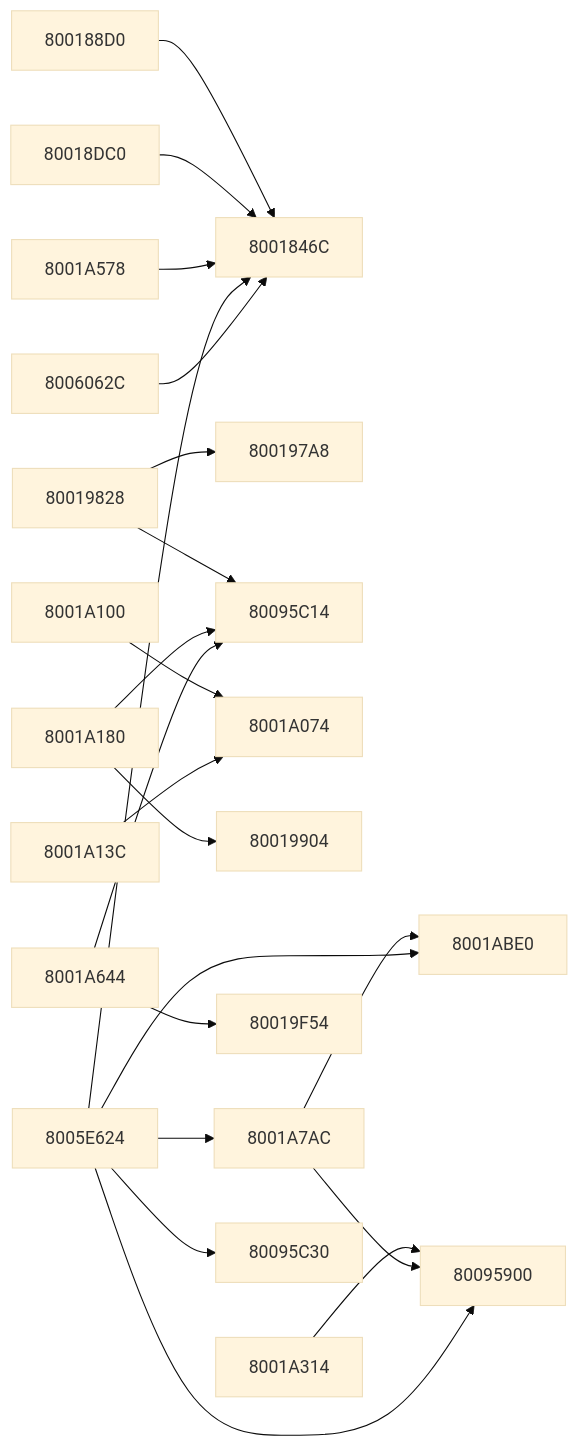
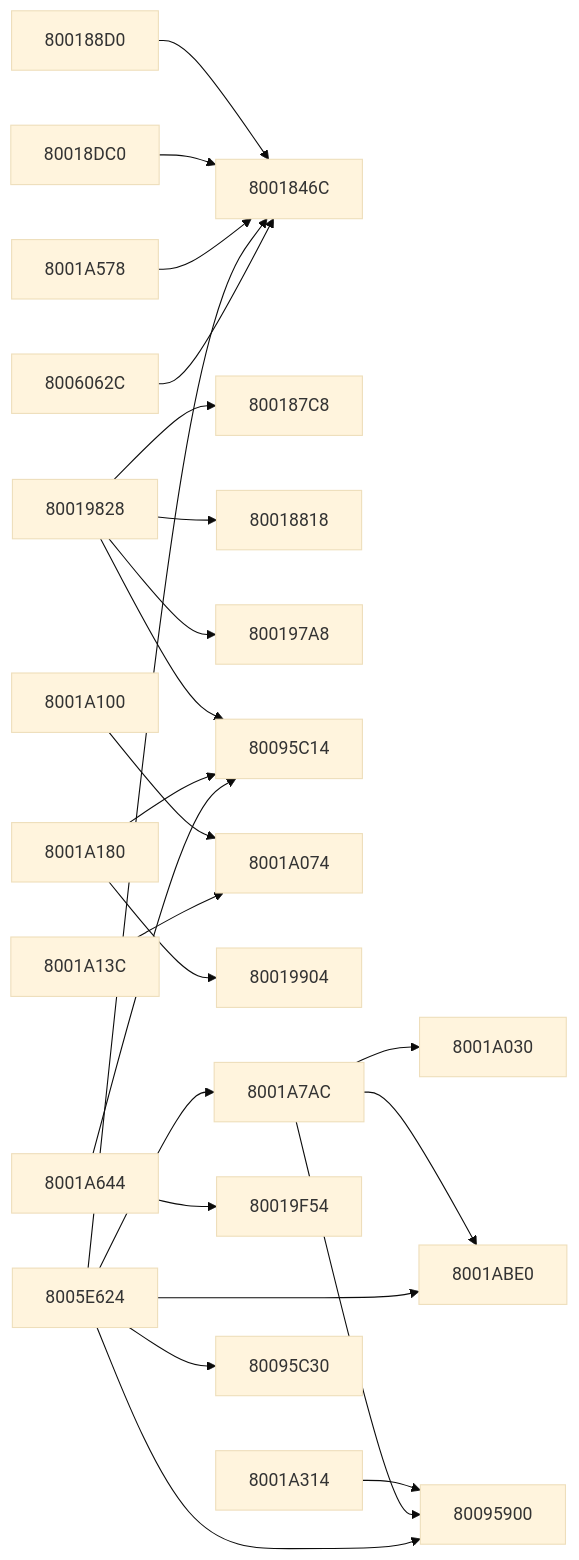
The tenth of 11 diagrams in docs/FUNCTION_MAP.md (kai-luni/Future-Cop-L.A.P.D-PS1), drawn with Mermaid (base theme) before and after one commit. The commit also changed other lines of this file, not shown here.

````diff
--- a/docs/FUNCTION_MAP.md
+++ b/docs/FUNCTION_MAP.md
@@ -3349,44 +3928,50 @@
 ```mermaid
 graph LR
     f800188d0 --> f8001846c
     f80018dc0 --> f8001846c
+    f80019828 --> f800187c8
+    f80019828 --> f80018818
     f80019828 --> f800197a8
     f80019828 --> f80095c14
     f8001a100 --> f8001a074
     f8001a13c --> f8001a074
     f8001a180 --> f80019904
     f8001a180 --> f80095c14
     f8001a314 --> f80095900
     f8001a578 --> f8001846c
     f8001a644 --> f80019f54
     f8001a644 --> f80095c14
+    f8001a7ac --> f8001a030
     f8001a7ac --> f8001abe0
     f8001a7ac --> f80095900
     f8005e624 --> f8001846c
     f8005e624 --> f8001a7ac
     f8005e624 --> f8001abe0
     f8005e624 --> f80095900
     f8005e624 --> f80095c30
     f8006062c --> f8001846c
     f8001846c["8001846C"]
+    f800187c8["800187C8"]
+    f80018818["80018818"]
     f800188d0["800188D0"]
     f80018dc0["80018DC0"]
     f800197a8["800197A8"]
     f80019828["80019828"]
     f80019904["80019904"]
     f80019f54["80019F54"]
+    f8001a030["8001A030"]
     f8001a074["8001A074"]
     f8001a100["8001A100"]
     f8001a13c["8001A13C"]
     f8001a180["8001A180"]
     f8001a314["8001A314"]
     f8001a578["8001A578"]
     f8001a644["8001A644"]
     f8001a7ac["8001A7AC"]
     f8001abe0["8001ABE0"]
     f8005e624["8005E624"]
     f8006062c["8006062C"]
     f80095900["80095900"]
     f80095c14["80095C14"]
     f80095c30["80095C30"]
 ```
````
